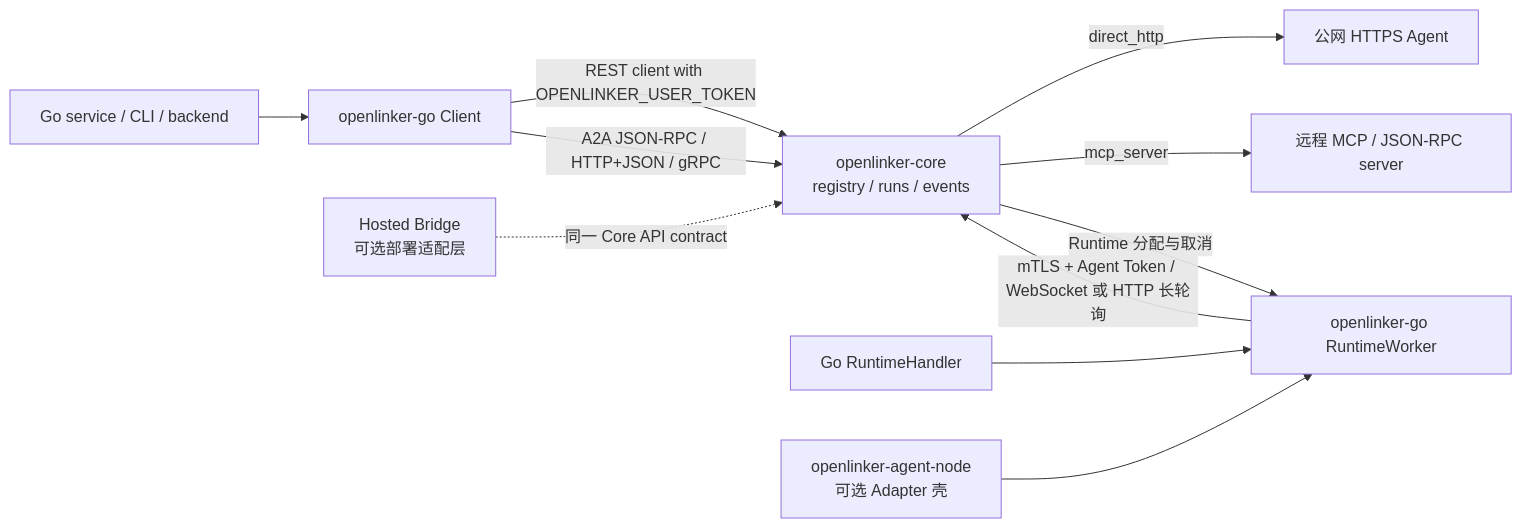
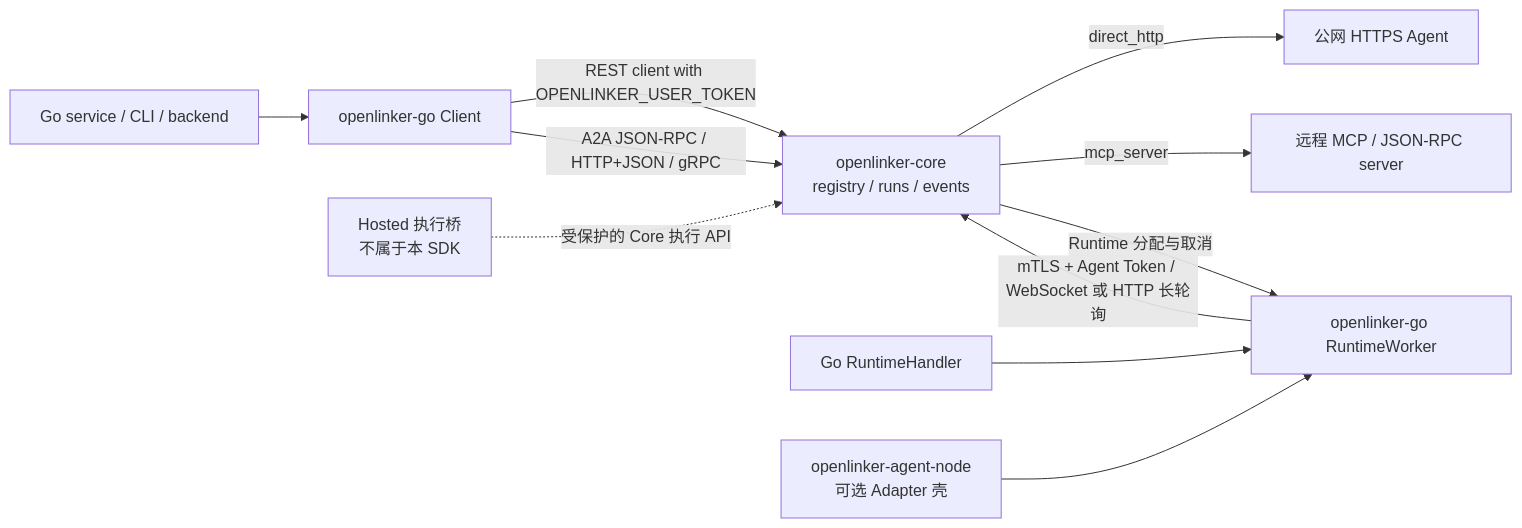
The diagram in README.zh-CN.md (OpenLinker-ai/openlinker-go), drawn with Mermaid before and after one commit. The commit also changed other lines of this file and 3 other files, not shown here.

Commit message:
docs: clarify SDK and Hosted boundaries

````diff
--- a/README.zh-CN.md
+++ b/README.zh-CN.md
@@ -22,15 +27,15 @@
 ```mermaid
 flowchart LR
   Service["Go service / CLI / backend"] --> ClientSDK["openlinker-go Client"]
   ClientSDK -->|"REST client with OPENLINKER_USER_TOKEN"| Core["openlinker-core<br/>registry / runs / events"]
   ClientSDK -->|"A2A JSON-RPC / HTTP+JSON / gRPC"| Core
   Handler["Go RuntimeHandler"] --> RuntimeSDK["openlinker-go RuntimeWorker"]
   AgentNode["openlinker-agent-node<br/>可选 Adapter 壳"] --> RuntimeSDK
   RuntimeSDK -->|"mTLS + Agent Token / WebSocket 或 HTTP 长轮询"| Core
 
-  HostedBridge["Hosted Bridge<br/>可选部署适配层"] -.->|"同一 Core API contract"| Core
+  HostedBridge["Hosted 执行桥<br/>不属于本 SDK"] -.->|"受保护的 Core 执行 API"| Core
 
   Core -->|"direct_http"| HTTPAgent["公网 HTTPS Agent"]
   Core -->|"mcp_server"| MCPAgent["远程 MCP / JSON-RPC server"]
   Core -->|"Runtime 分配与取消"| RuntimeSDK
 ```
````
